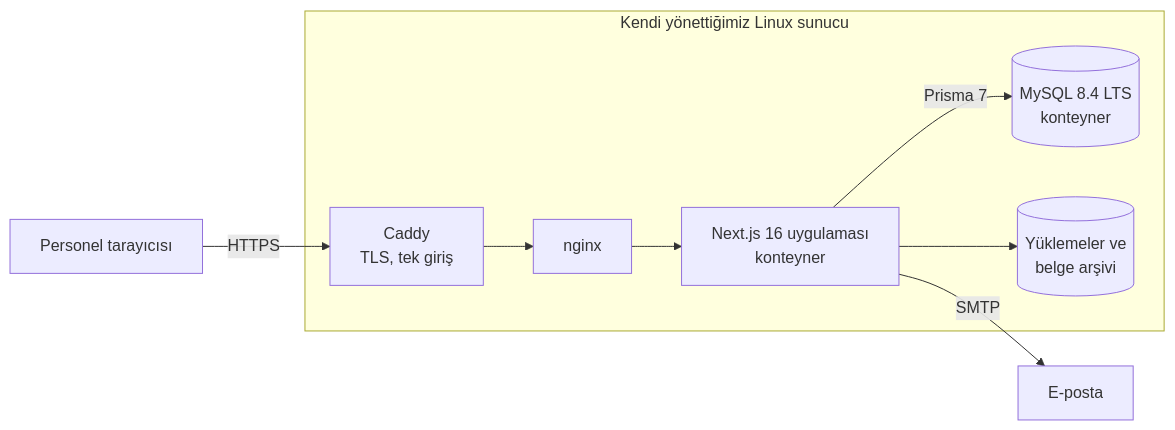
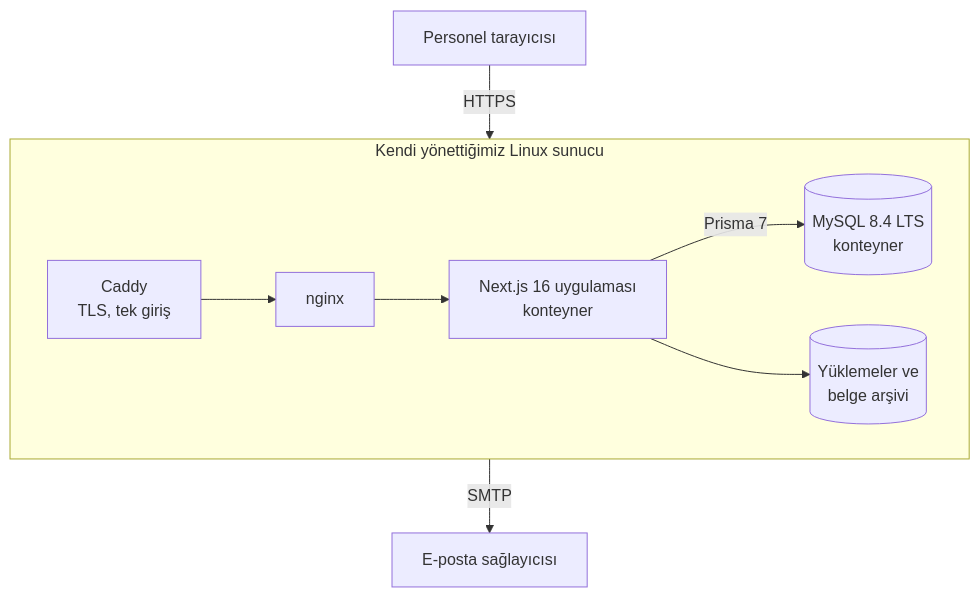
One commit to aeg58/eventra-case-study changed the first of 3 diagrams in README.tr.md. Above: the diagram before and after it, drawn with Mermaid. The commit also changed 1 other file, not shown here.

Commit message:
docs: architecture diagram top-down so the e-mail node is not hidden by viewer controls

````diff
--- a/README.tr.md
+++ b/README.tr.md
@@ -116,16 +116,11 @@
 ```mermaid
-flowchart LR
-    U[Personel tarayıcısı] -->|HTTPS| C[Caddy<br/>TLS, tek giriş]
-    C --> N[nginx]
-    N --> A[Next.js 16 uygulaması<br/>konteyner]
-    A -->|Prisma 7| DB[(MySQL 8.4 LTS<br/>konteyner)]
-    A --> F[(Yüklemeler ve<br/>belge arşivi)]
-    A -->|SMTP| M[E-posta]
+flowchart TB
+    U[Personel tarayıcısı] -->|HTTPS| C
     subgraph Server[Kendi yönettiğimiz Linux sunucu]
-      C
-      N
-      A
-      DB
-      F
+      direction LR
+      C[Caddy<br/>TLS, tek giriş] --> N[nginx] --> A[Next.js 16 uygulaması<br/>konteyner]
+      A -->|Prisma 7| DB[(MySQL 8.4 LTS<br/>konteyner)]
+      A --> F[(Yüklemeler ve<br/>belge arşivi)]
     end
+    A -->|SMTP| M[E-posta sağlayıcısı]
 ```
````
